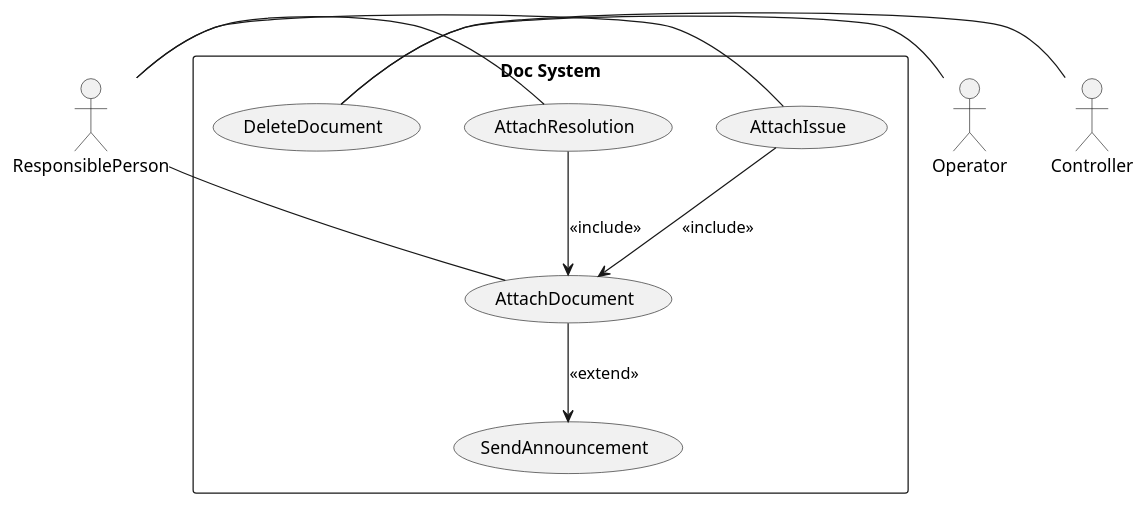
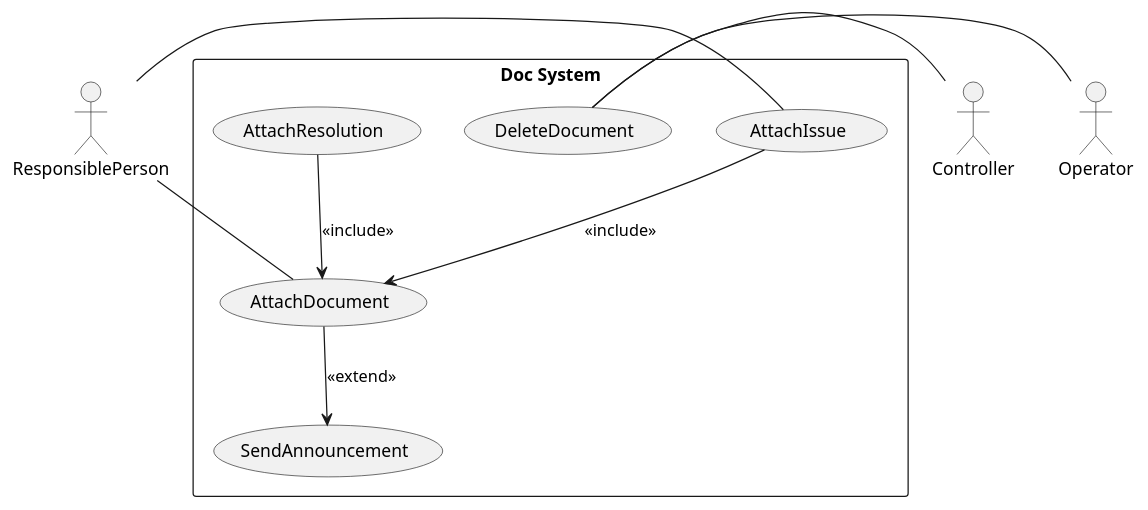
One commit to lisisisan/CASE-2024 changed the diagram in lab4/3.puml. Above: the diagram before and after it, drawn with PlantUML. The commit also changed 6 other files, not shown here.

```diff
--- a/lab4/3.puml
+++ b/lab4/3.puml
@@ -1,17 +1,16 @@
 @startuml
 actor ResponsiblePerson as RP
 actor Operator
 actor Controller
 
 rectangle "Doc System" {
     RP - (AttachIssue)
-    RP - (AttachResolution)
     RP - (AttachDocument)
+    Controller - (DeleteDocument)
     Operator - (DeleteDocument)
-    Controller - (DeleteDocument)
     (AttachIssue) -down-> (AttachDocument): <<include>>
     (AttachResolution) -down-> (AttachDocument): <<include>>
     (AttachDocument) --> (SendAnnouncement): <<extend>>
 }
 
 @enduml
```
